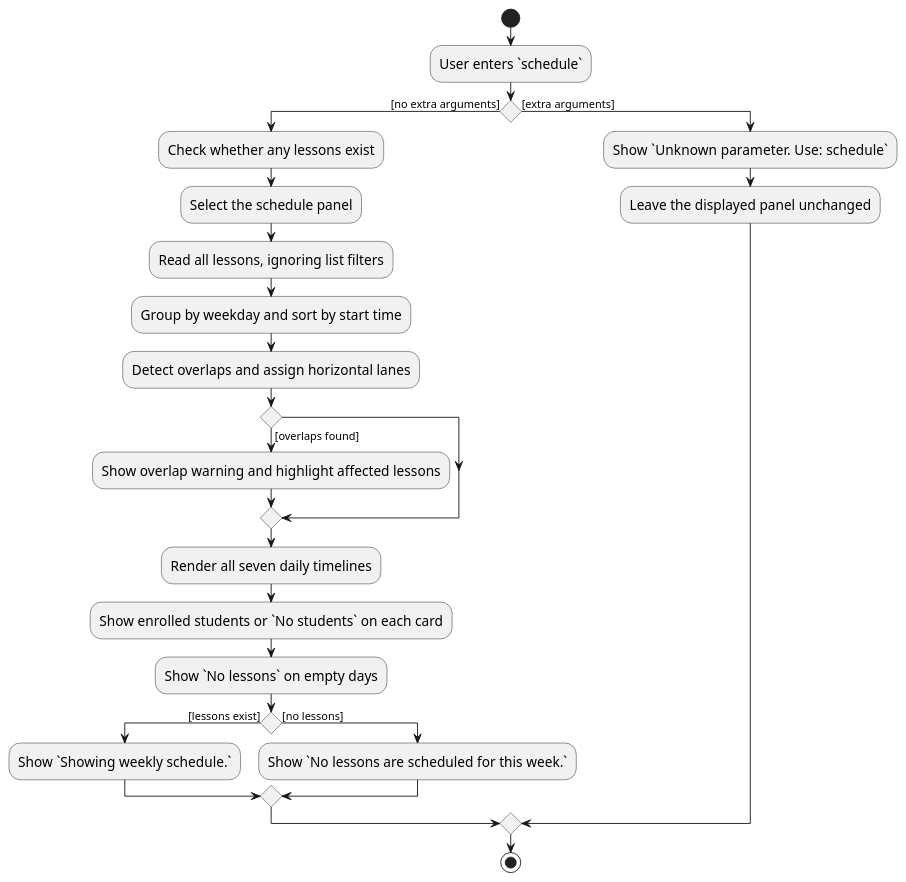
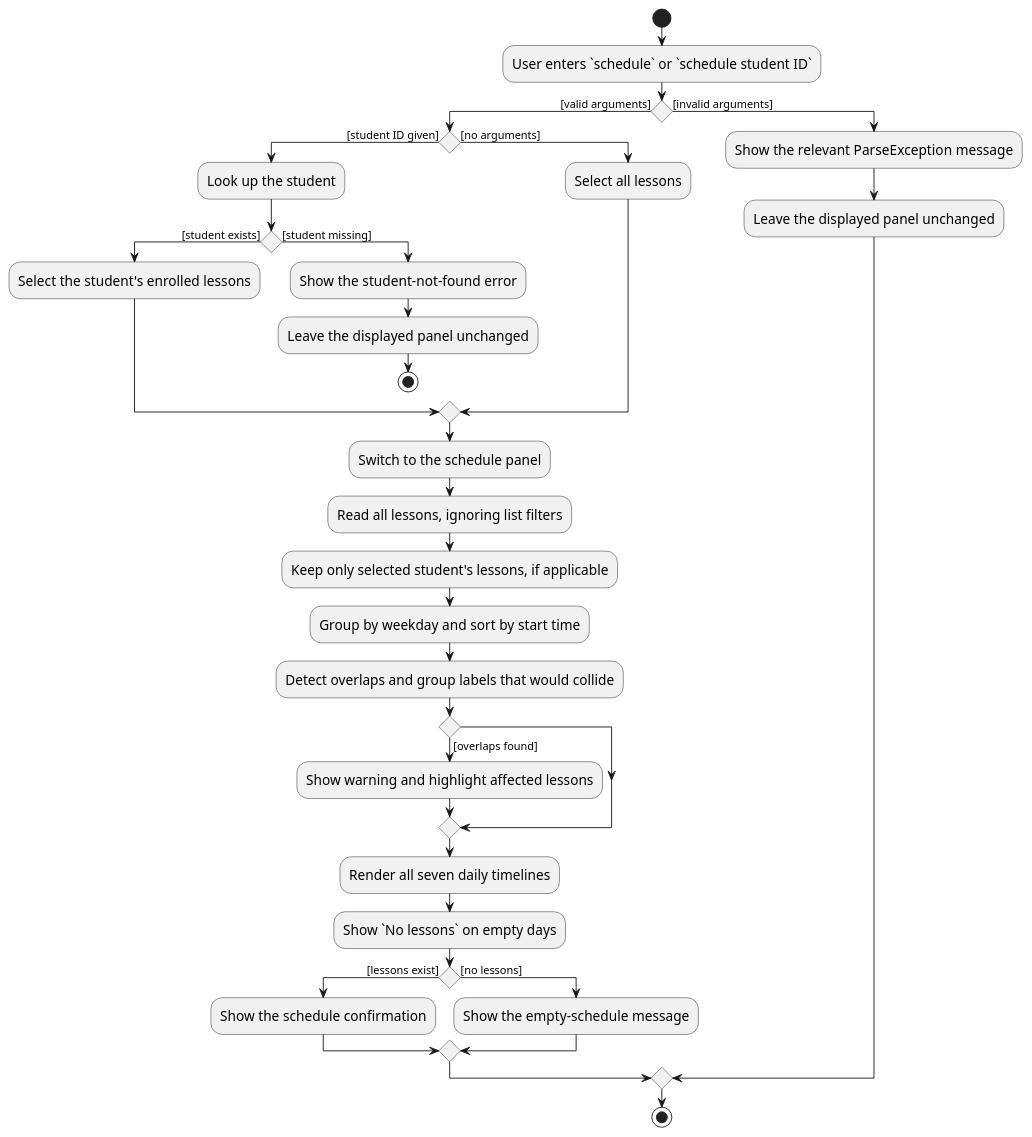
Before and after one commit to AY2627S1-CS2103T-T13-2/tp: the diagram in diagrams/ScheduleActivityDiagram.puml, drawn with PlantUML. The commit also changed 28 other files, not shown here.

```diff
--- a/diagrams/ScheduleActivityDiagram.puml
+++ b/diagrams/ScheduleActivityDiagram.puml
@@ -1,30 +1,41 @@
 @startuml
 skinparam ActivityFontSize 15
 skinparam ArrowFontSize 12
 
 start
-:User enters `schedule`;
-if () then ([no extra arguments])
-    :Check whether any lessons exist;
-    :Select the schedule panel;
+:User enters `schedule` or `schedule student ID`;
+if () then ([valid arguments])
+    if () then ([student ID given])
+        :Look up the student;
+        if () then ([student exists])
+            :Select the student's enrolled lessons;
+        else ([student missing])
+            :Show the student-not-found error;
+            :Leave the displayed panel unchanged;
+            stop
+        endif
+    else ([no arguments])
+        :Select all lessons;
+    endif
+    :Switch to the schedule panel;
     :Read all lessons, ignoring list filters;
+    :Keep only selected student's lessons, if applicable;
     :Group by weekday and sort by start time;
-    :Detect overlaps and assign horizontal lanes;
+    :Detect overlaps and group labels that would collide;
     if () then ([overlaps found])
-        :Show overlap warning and highlight affected lessons;
+        :Show warning and highlight affected lessons;
     endif
     :Render all seven daily timelines;
-    :Show enrolled students or `No students` on each card;
     :Show `No lessons` on empty days;
     if () then ([lessons exist])
-        :Show `Showing weekly schedule.`;
+        :Show the schedule confirmation;
     else ([no lessons])
-        :Show `No lessons are scheduled for this week.`;
+        :Show the empty-schedule message;
     endif
-else ([extra arguments])
-    :Show `Unknown parameter. Use: schedule`;
+else ([invalid arguments])
+    :Show the relevant ParseException message;
     :Leave the displayed panel unchanged;
 endif
 stop
 
 @enduml
```
